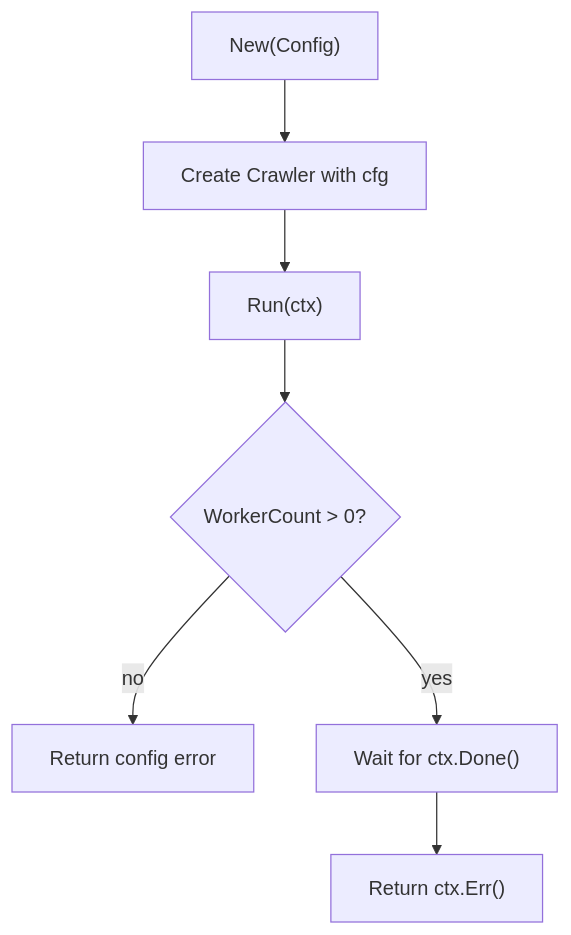
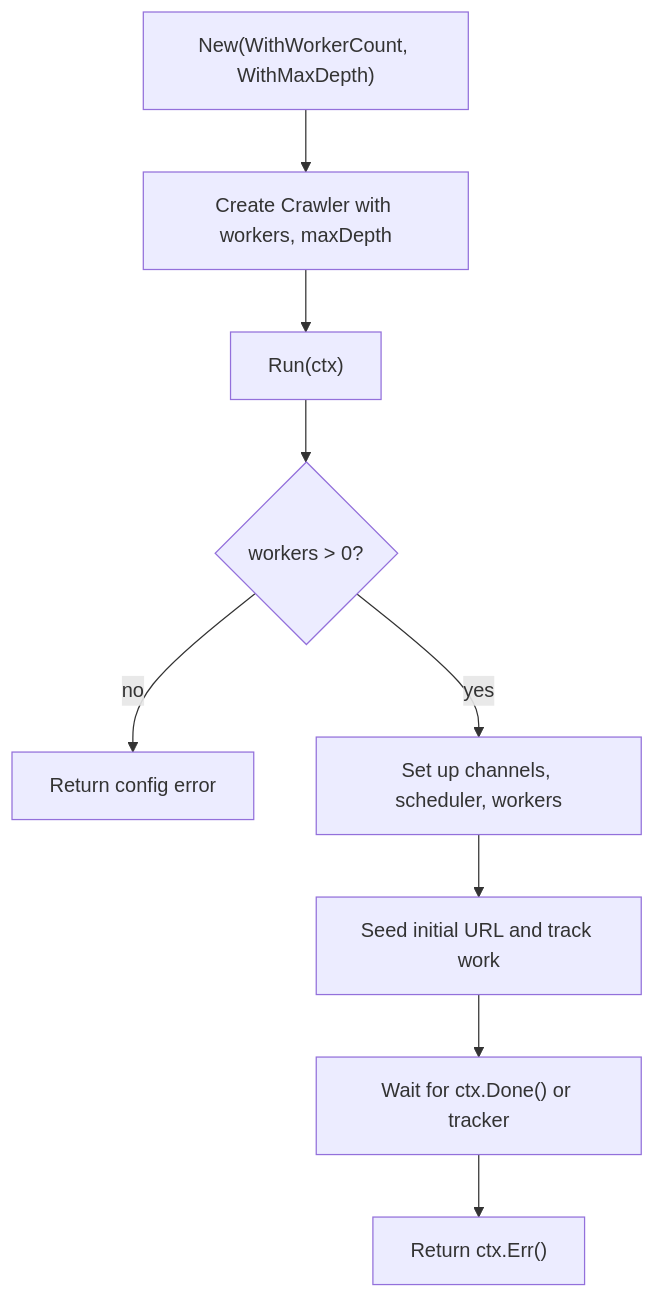
The diagram in docs/internal/crawler/crawler.go.md (bijay-develops/Concurrent-Web-Crawler-with-Pluggable-Pipelines), drawn with Mermaid before and after one commit. The commit also changed other lines of this file and 10 other files, not shown here.

````diff
--- a/docs/internal/crawler/crawler.go.md
+++ b/docs/internal/crawler/crawler.go.md
@@ -45,9 +68,11 @@
 ```mermaid
 flowchart TD
-	A["New(Config)"] --> B["Create Crawler with cfg"]
+	A["New(WithWorkerCount, WithMaxDepth)"] --> B["Create Crawler with workers, maxDepth"]
 	B --> C["Run(ctx)"]
-	C --> D{"WorkerCount > 0?"}
+	C --> D{"workers > 0?"}
 	D -->|no| E["Return config error"]
-	D -->|yes| F["Wait for ctx.Done()"]
-	F --> G["Return ctx.Err()"]
+	D -->|yes| F["Set up channels, scheduler, workers"]
+	F --> G["Seed initial URL and track work"]
+	G --> H["Wait for ctx.Done() or tracker"]
+	H --> I["Return ctx.Err()"]
 ```
````
